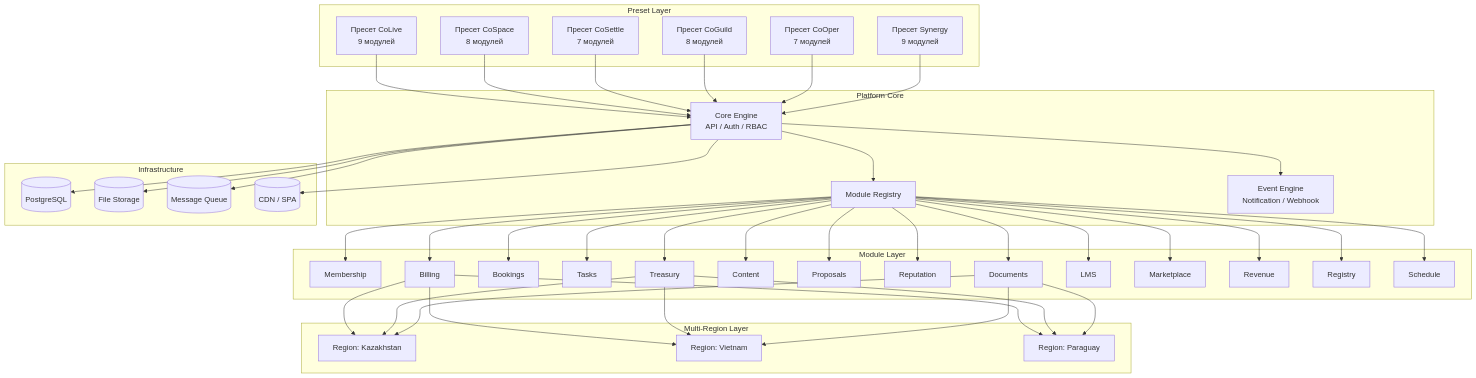
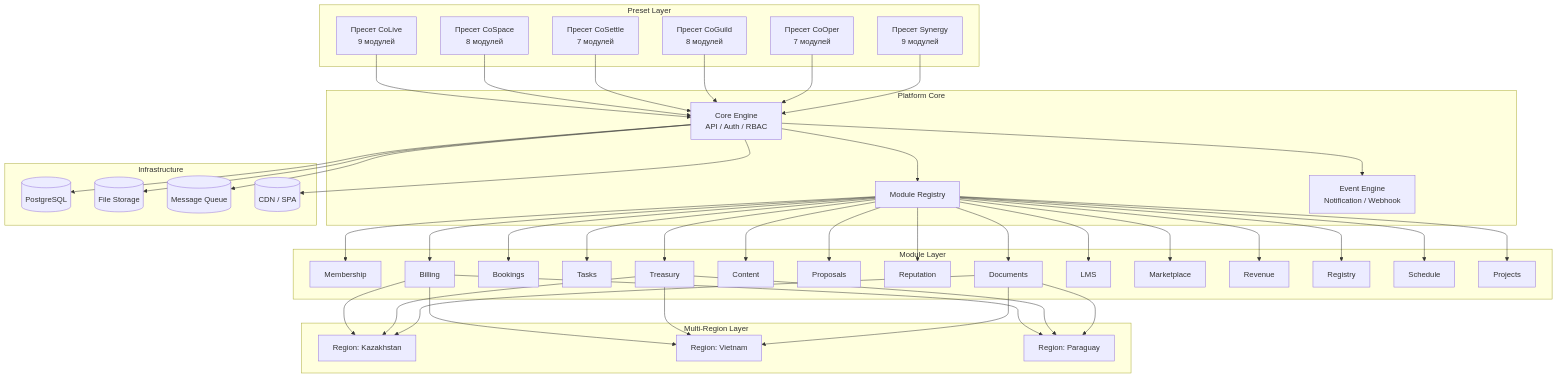
The diagram in docs/architecture/index.md (civilization-luch/tribe-docs), drawn with Mermaid before and after one commit. The commit also changed other lines of this file and 1 other file, not shown here.

First line of the commit message:
Add Projects module — aggregator for complex tasks

```diff
--- a/docs/architecture/index.md
+++ b/docs/architecture/index.md
@@ -32,6 +32,7 @@
         M12["Revenue"]
         M13["Registry"]
         M14["Schedule"]
+        M15["Projects"]
     end
 
     subgraph Region["Multi-Region Layer"]
@@ -71,6 +72,7 @@
     MR --> M12
     MR --> M13
     MR --> M14
+    MR --> M15
 
     M2 --> RKZ
     M2 --> RVN
```
